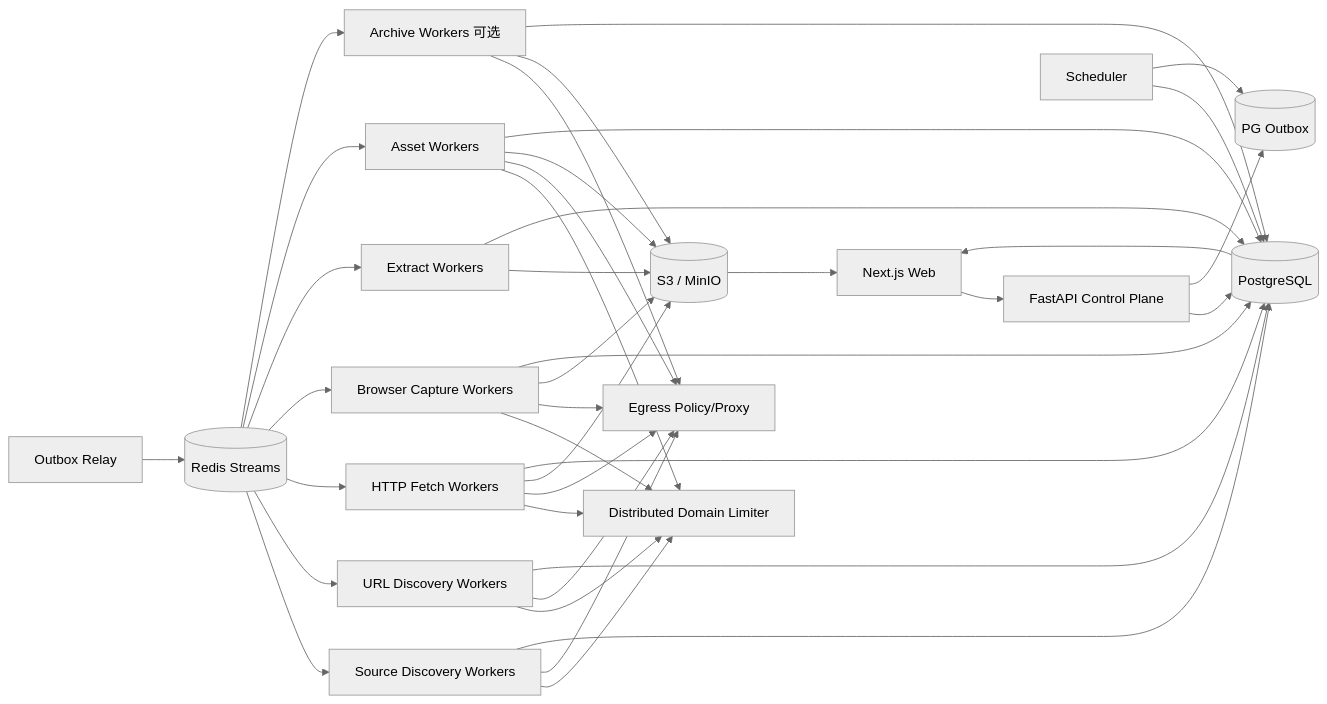
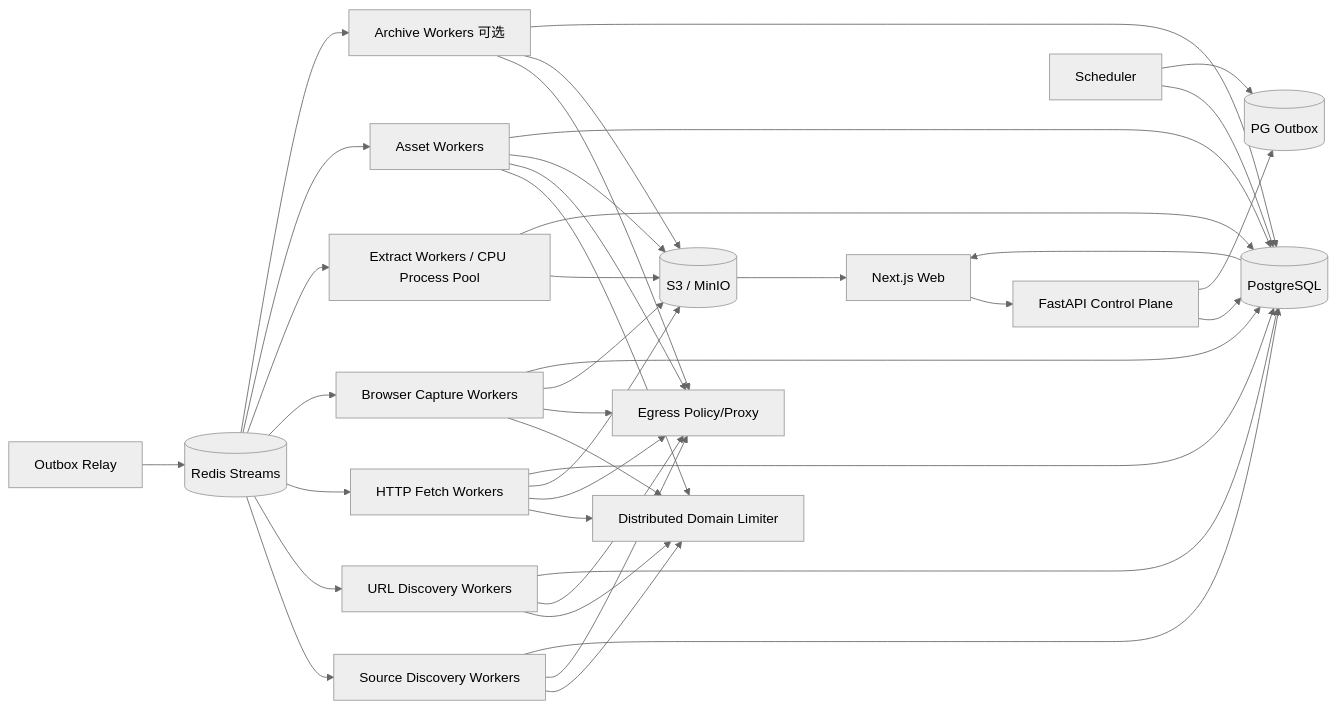
One commit to WorkerXu/my-doc changed the diagram in 博客知识库技术方案.md. Above: the diagram before and after it, drawn with Mermaid (neutral theme). The commit also changed other lines of this file, not shown here.

````diff
--- a/博客知识库技术方案.md
+++ b/博客知识库技术方案.md
@@ -57,47 +60,47 @@
 ```mermaid
 flowchart LR
     UI[Next.js Web] --> API[FastAPI Control Plane]
     API --> PG[(PostgreSQL)]
     API --> OUT[(PG Outbox)]
     SCHED[Scheduler] --> PG
     SCHED --> OUT
     RELAY[Outbox Relay] --> REDIS[(Redis Streams)]
 
     REDIS --> SD[Source Discovery Workers]
     REDIS --> UD[URL Discovery Workers]
     REDIS --> HF[HTTP Fetch Workers]
     REDIS --> BF[Browser Capture Workers]
-    REDIS --> EX[Extract Workers]
+    REDIS --> EX[Extract Workers / CPU Process Pool]
     REDIS --> AS[Asset Workers]
     REDIS --> AR[Archive Workers 可选]
 
     SD --> LIM[Distributed Domain Limiter]
     UD --> LIM
     HF --> LIM
     BF --> LIM
     AS --> LIM
 
     SD --> EG[Egress Policy/Proxy]
     UD --> EG
     HF --> EG
     BF --> EG
     AS --> EG
     AR --> EG
 
     HF --> S3[(S3 / MinIO)]
     BF --> S3
     EX --> S3
     AS --> S3
     AR --> S3
 
     SD --> PG
     UD --> PG
     HF --> PG
     BF --> PG
     EX --> PG
     AS --> PG
     AR --> PG
 
     PG --> UI
     S3 --> UI
 ```
````
